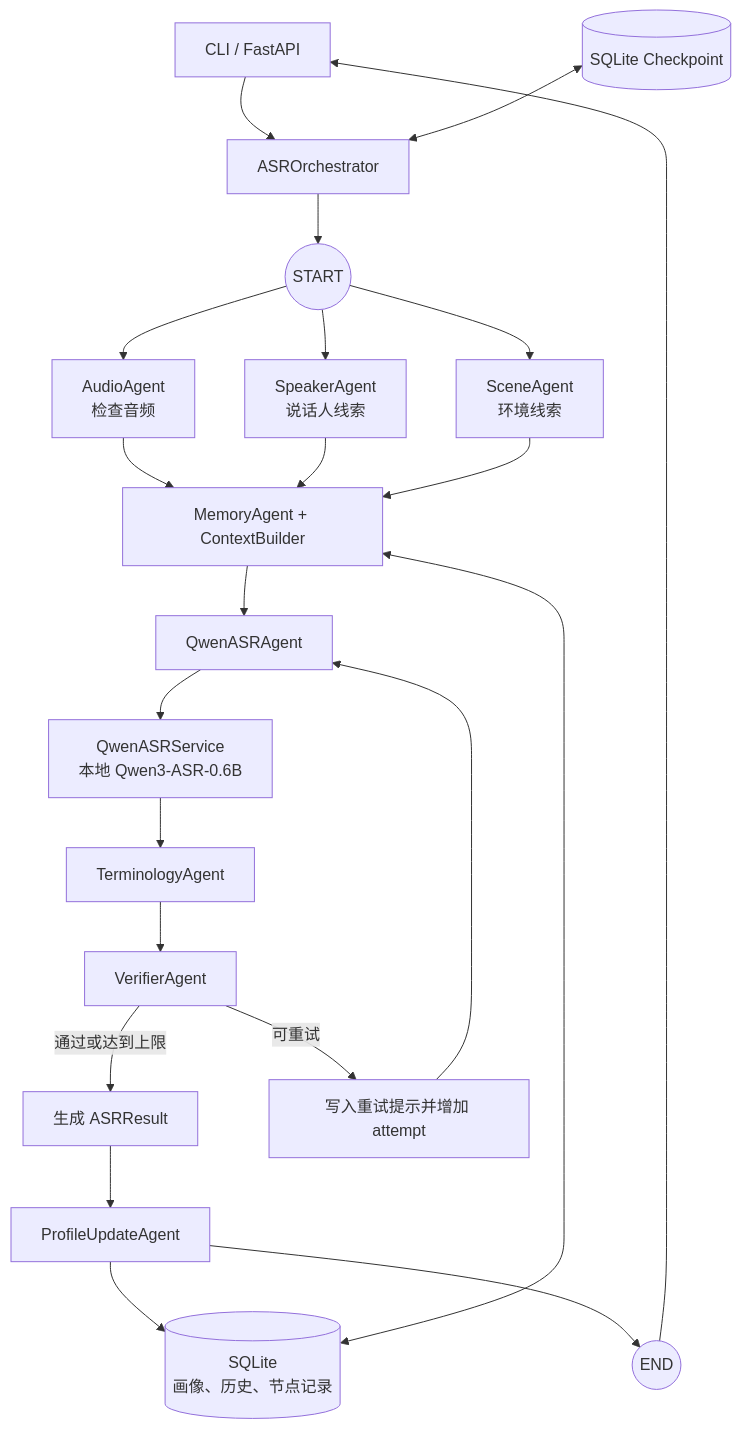
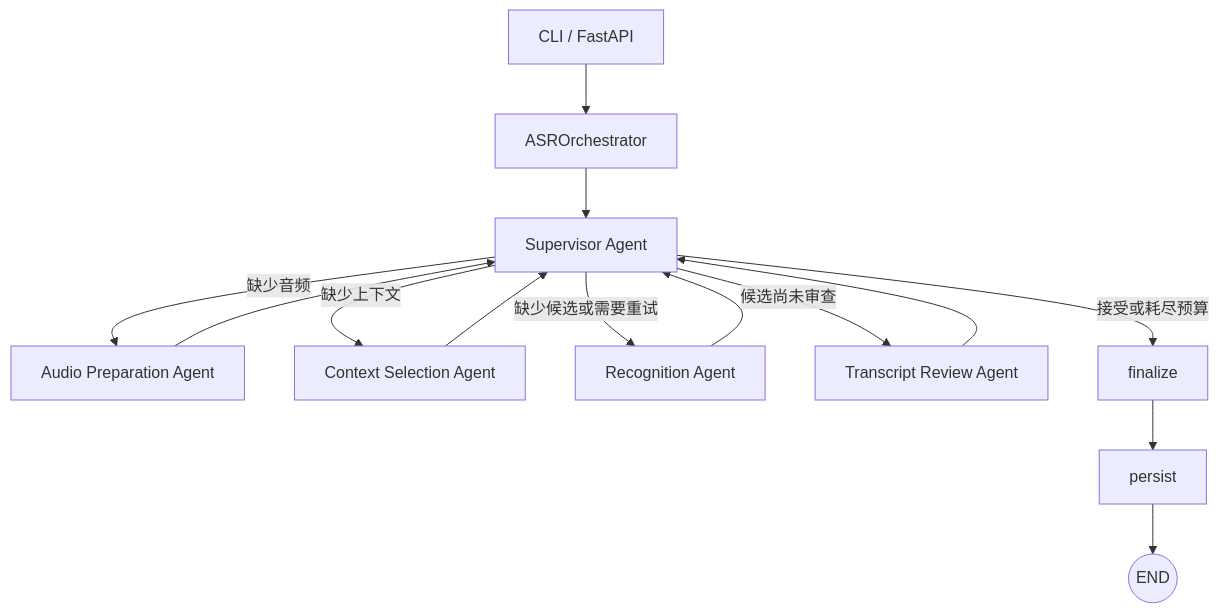
Before and after one commit to YEZISOFTQWQ/multi-agent-asr-on-Qwen3: the diagram in README.md, drawn with Mermaid. The commit also changed other lines of this file and 40 other files, not shown here.

First line of the commit message:
refactor: implement supervisor-driven agent workflow

````diff
--- a/README.md
+++ b/README.md
@@ -31,30 +26,16 @@
 ```mermaid
 flowchart TD
     Client[CLI / FastAPI] --> O[ASROrchestrator]
-    O --> Start((START))
-
-    Start --> Audio[AudioAgent<br/>检查音频]
-    Start --> Speaker[SpeakerAgent<br/>说话人线索]
-    Start --> Scene[SceneAgent<br/>环境线索]
-
-    Audio --> Context[MemoryAgent + ContextBuilder]
-    Speaker --> Context
-    Scene --> Context
-    Memory[(SQLite<br/>画像、历史、节点记录)] <--> Context
-
-    Context --> ASR[QwenASRAgent]
-    ASR --> Service[QwenASRService<br/>本地 Qwen3-ASR-0.6B]
-    Service --> Terms[TerminologyAgent]
-    Terms --> Verify[VerifierAgent]
-
-    Verify -->|通过或达到上限| Finalize[生成 ASRResult]
-    Verify -->|可重试| Retry[写入重试提示并增加 attempt]
-    Retry --> ASR
-
-    Finalize --> Persist[ProfileUpdateAgent]
-    Persist --> Memory
-    Persist --> End((END))
-    End --> Client
-
-    Checkpoint[(SQLite Checkpoint)] <--> O
+    O --> S[Supervisor Agent]
+    S -->|缺少音频| A[Audio Preparation Agent]
+    A --> S
+    S -->|缺少上下文| C[Context Selection Agent]
+    C --> S
+    S -->|缺少候选或需要重试| R[Recognition Agent]
+    R --> S
+    S -->|候选尚未审查| V[Transcript Review Agent]
+    V --> S
+    S -->|接受或耗尽预算| F[finalize]
+    F --> P[persist]
+    P --> End((END))
 ```
````
